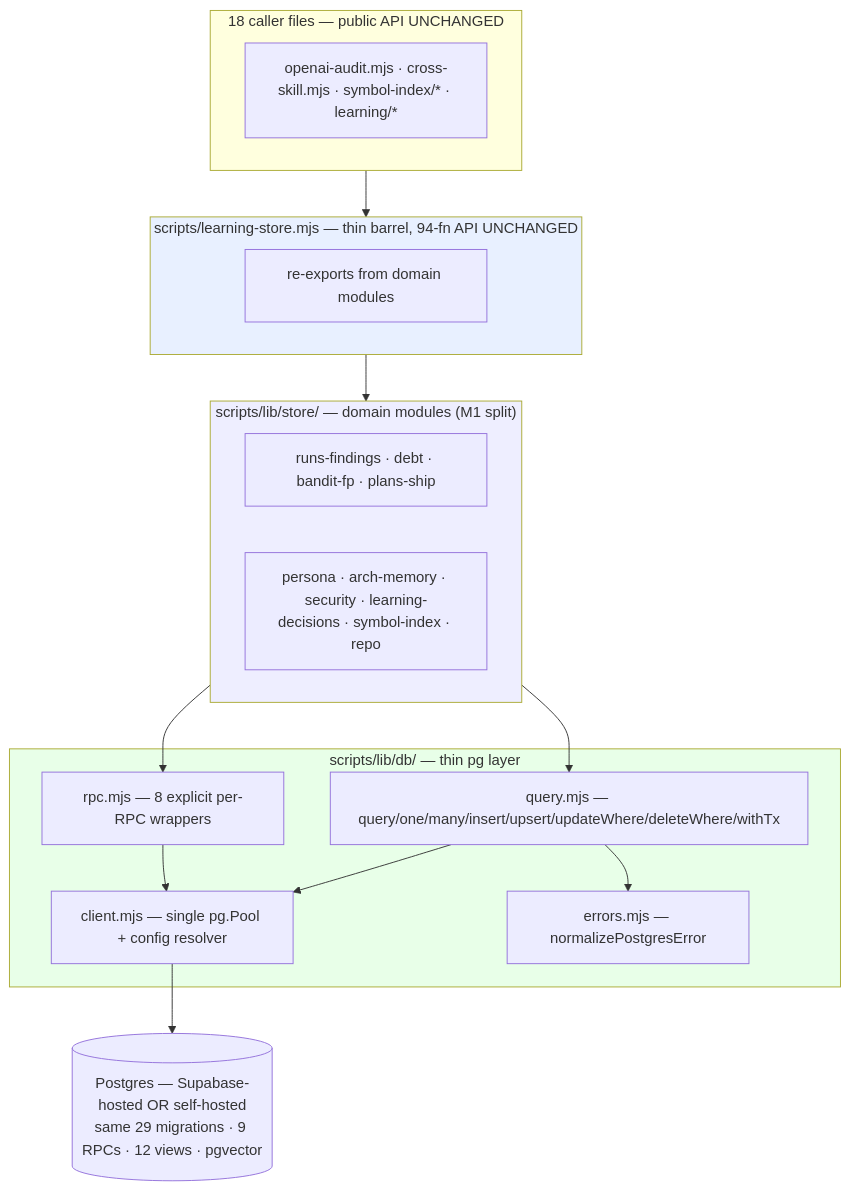
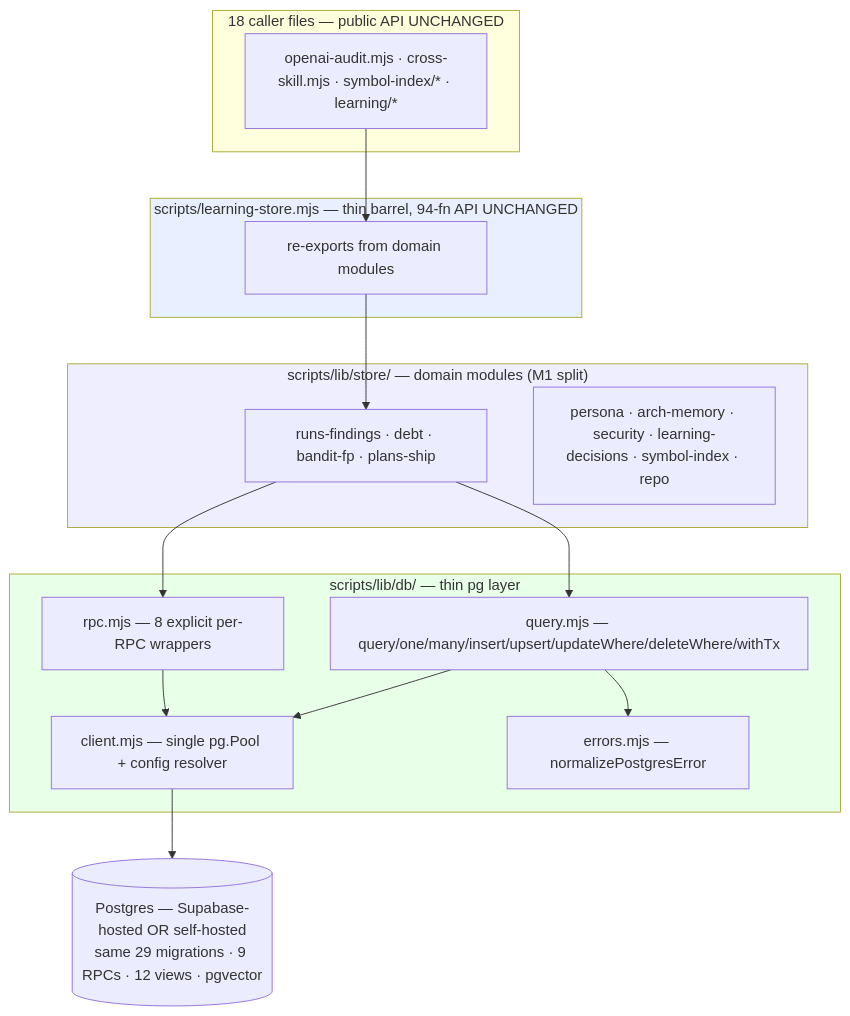
Before and after one commit to Lbstrydom/claude-engineering-skills: the diagram in docs/plans/postgres-parity.md, drawn with Mermaid.

Commit message:
fix(plans): mermaid subgraph-as-edge-endpoint in postgres-parity (surfaced by consolidation)
plans:lint now scans the 145 consolidated archive plans in docs/plans/ (they
were unlinted in docs/completed/). postgres-parity.md's architecture diagram used
subgraph IDs (Callers/Barrel/Domains) directly as edge endpoints, which Mermaid
rejects. Re-anchored the edges to inside nodes (A/BR/D1). 0 errors now (49 warns
advisory). Same class of pre-existing issue the consolidation surfaces — the gate
working as intended.

````diff
--- a/docs/plans/postgres-parity.md
+++ b/docs/plans/postgres-parity.md
@@ -136,31 +136,31 @@
 ```mermaid
 graph TD
   subgraph Callers["18 caller files — public API UNCHANGED"]
     A[openai-audit.mjs · cross-skill.mjs · symbol-index/* · learning/*]
   end
   subgraph Barrel["scripts/learning-store.mjs — thin barrel, 94-fn API UNCHANGED"]
     BR[re-exports from domain modules]
   end
   subgraph Domains["scripts/lib/store/ — domain modules (M1 split)"]
     D1[runs-findings · debt · bandit-fp · plans-ship]
     D2[persona · arch-memory · security · learning-decisions · symbol-index · repo]
   end
   subgraph DB["scripts/lib/db/ — thin pg layer"]
     Q[query.mjs — query/one/many/insert/upsert/updateWhere/deleteWhere/withTx]
     RP[rpc.mjs — 8 explicit per-RPC wrappers]
     CL[client.mjs — single pg.Pool + config resolver]
     ER[errors.mjs — normalizePostgresError]
   end
   PG[(Postgres — Supabase-hosted OR self-hosted<br/>same 29 migrations · 9 RPCs · 12 views · pgvector)]
 
-  Callers --> Barrel --> Domains --> Q
-  Domains --> RP
+  A --> BR --> D1 --> Q
+  D1 --> RP
   Q --> CL
   RP --> CL
   Q --> ER
   CL --> PG
 
   style Barrel fill:#e8f0ff
   style Domains fill:#eef
   style DB fill:#e8ffe8
 ```
````
